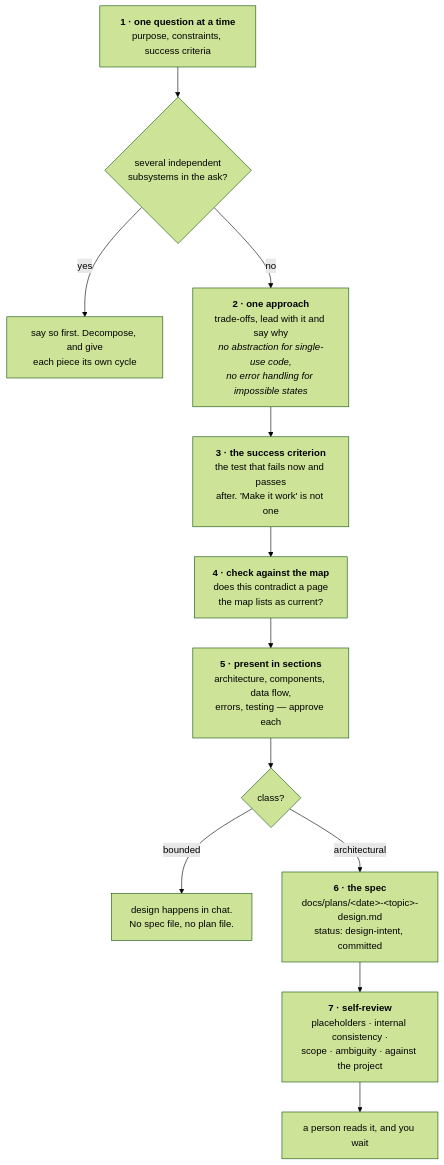
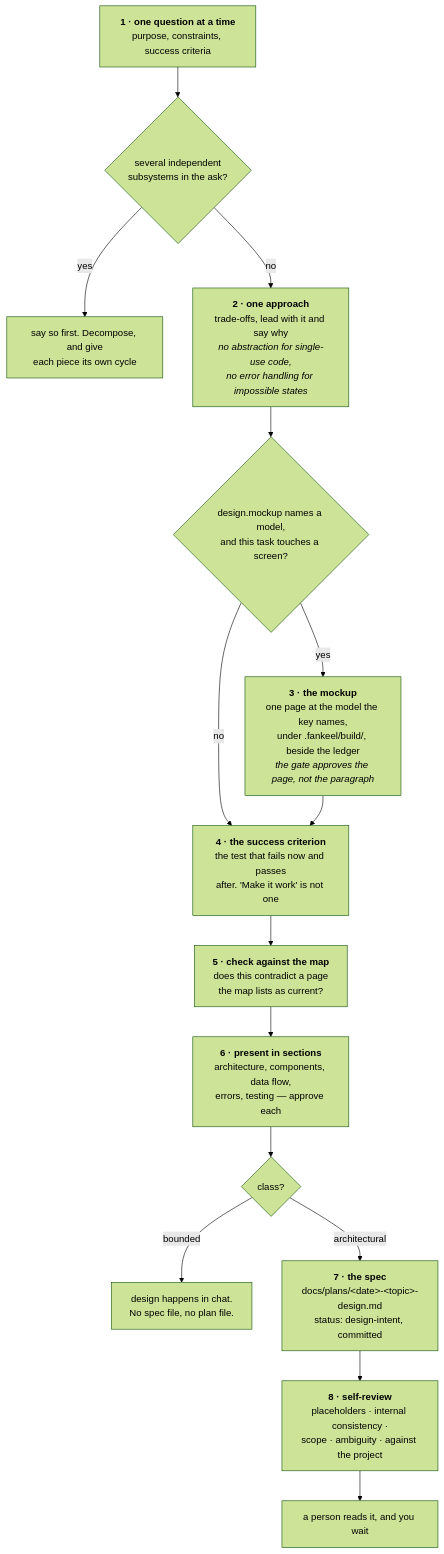
The second of 8 diagrams in docs/pipeline.md (FanFantom9452/FanKeel), drawn with Mermaid (forest theme) before and after one commit. The commit also changed other lines of this file and 1 other file, not shown here.

Commit message:
fix(pipeline): the design diagram draws the step the renumbering added
- docs/pipeline.md: the design graph gains a diamond and a mockup node
  at 3, the rest renumber to 4-8, and the two prose sentences that named
  step numbers move with them
- docs/pipeline.md: "a step the diagram above does not draw" was true
  when Task 2 wrote it and false once Task 3 renumbered; the paragraph
  now opens on the diamond and keeps what it said about the default
- skills/fankeel-design/SKILL.md: the new Not a defect row pins
  `lib/stages.js:255` and quotes it, like the three rows above it

The citation was checked against a control: broken to :9999, docs-check
reported it past the end of the file, then reverted. A clean run that
was never shown failing is silence.

````diff
--- a/docs/pipeline.md
+++ b/docs/pipeline.md
@@ -420,24 +420,30 @@
 ```mermaid
 flowchart TD
     A["<b>1 · one question at a time</b><br/>purpose, constraints, success criteria"]
     A0{"several independent<br/>subsystems in the ask?"}
     A1["say so first. Decompose, and give<br/>each piece its own cycle"]
     B["<b>2 · one approach</b><br/>trade-offs, lead with it and say why<br/><i>no abstraction for single-use code,<br/>no error handling for impossible states</i>"]
-    C["<b>3 · the success criterion</b><br/>the test that fails now and passes<br/>after. 'Make it work' is not one"]
-    D["<b>4 · check against the map</b><br/>does this contradict a page<br/>the map lists as current?"]
-    E["<b>5 · present in sections</b><br/>architecture, components, data flow,<br/>errors, testing — approve each"]
+    B0{"design.mockup names a model,<br/>and this task touches a screen?"}
+    B1["<b>3 · the mockup</b><br/>one page at the model the key names,<br/>under .fankeel/build/, beside the ledger<br/><i>the gate approves the page, not the paragraph</i>"]
+    C["<b>4 · the success criterion</b><br/>the test that fails now and passes<br/>after. 'Make it work' is not one"]
+    D["<b>5 · check against the map</b><br/>does this contradict a page<br/>the map lists as current?"]
+    E["<b>6 · present in sections</b><br/>architecture, components, data flow,<br/>errors, testing — approve each"]
     F{"class?"}
     J["design happens in chat.<br/>No spec file, no plan file."]
-    G["<b>6 · the spec</b><br/>docs/plans/&lt;date&gt;-&lt;topic&gt;-design.md<br/>status: design-intent, committed"]
-    H["<b>7 · self-review</b><br/>placeholders · internal consistency ·<br/>scope · ambiguity · against the project"]
+    G["<b>7 · the spec</b><br/>docs/plans/&lt;date&gt;-&lt;topic&gt;-design.md<br/>status: design-intent, committed"]
+    H["<b>8 · self-review</b><br/>placeholders · internal consistency ·<br/>scope · ambiguity · against the project"]
     I["a person reads it, and you wait"]
 
     A --> A0
     A0 -- yes --> A1
     A0 -- no --> B
-    B --> C --> D --> E --> F
+    B --> B0
+    B0 -- no --> C
+    B0 -- yes --> B1
+    B1 --> C
+    C --> D --> E --> F
     F -- "bounded" --> J
     F -- "architectural" --> G
     G --> H
     H --> I
 ```
````
